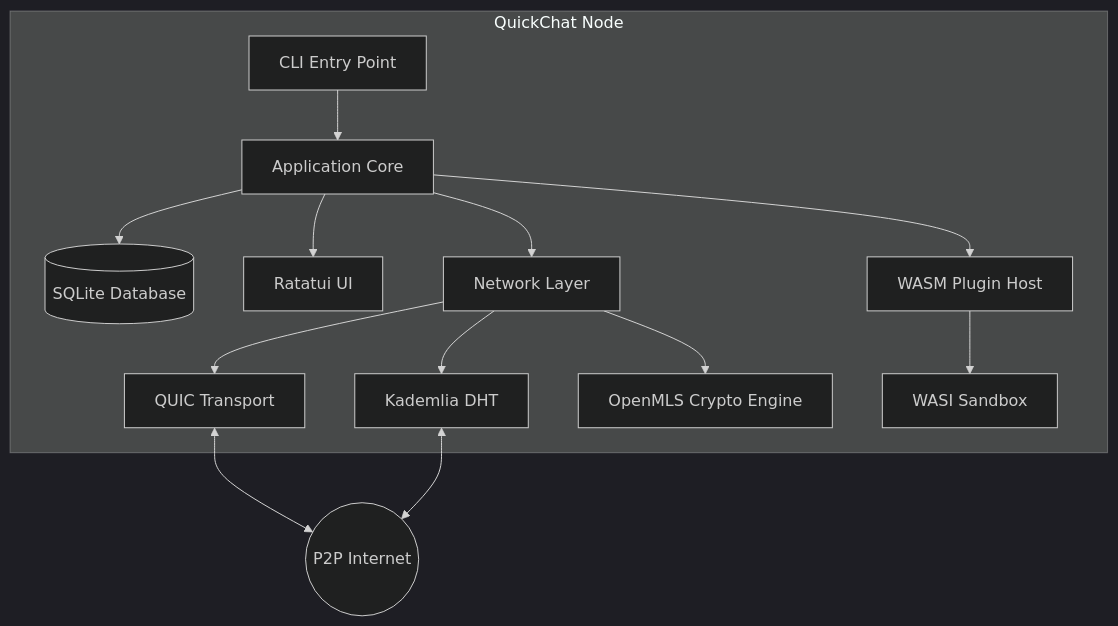
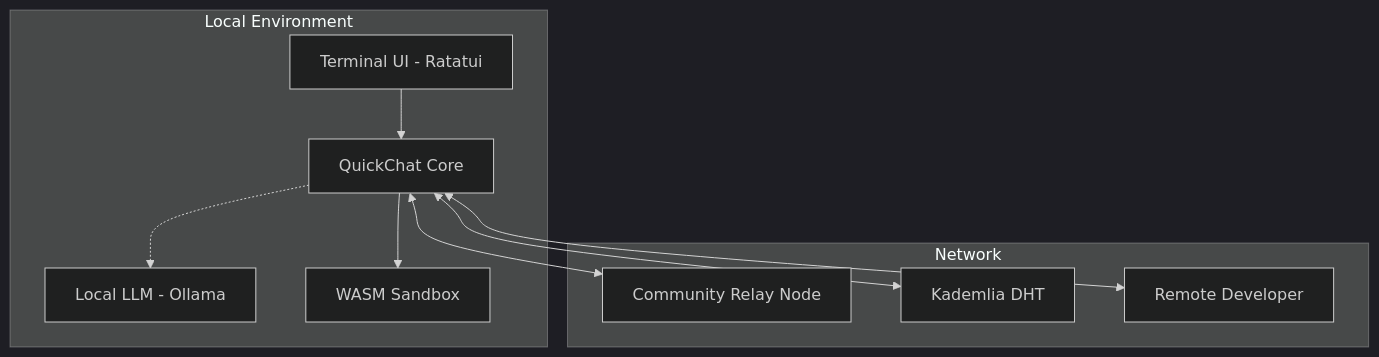
The first of 2 diagrams in README.md (aaryanrwt/QuickChat), drawn with Mermaid (dark theme) before and after one commit. The commit also changed other lines of this file, not shown here.

````diff
--- a/README.md
+++ b/README.md
@@ -150,19 +47,22 @@
 ```mermaid
 graph TD
-    subgraph QuickChat Node
-        CLI[CLI Entry Point] --> Core[Application Core]
-        Core --> DB[(SQLite Database)]
-        Core --> TUI[Ratatui UI]
-        
-        Core --> Net[Network Layer]
-        Net --> QUIC[QUIC Transport]
-        Net --> DHT[Kademlia DHT]
-        Net --> MLS[OpenMLS Crypto Engine]
-        
-        Core --> Plugins[WASM Plugin Host]
-        Plugins --> Sandbox[WASI Sandbox]
+    subgraph Local Environment
+        TUI[Terminal UI - Ratatui]
+        Core[QuickChat Core]
+        AI[Local LLM - Ollama]
+        Plugin[WASM Sandbox]
     end
-    
-    QUIC <--> Internet((P2P Internet))
-    DHT <--> Internet
+
+    subgraph Network
+        Relay[Community Relay Node]
+        DHT[Kademlia DHT]
+        Peer[Remote Developer]
+    end
+
+    TUI --> Core
+    Core --> Plugin
+    Core -.-> AI
+    Core <--> DHT
+    Core <--> Relay
+    Core <--> Peer
 ```
````
